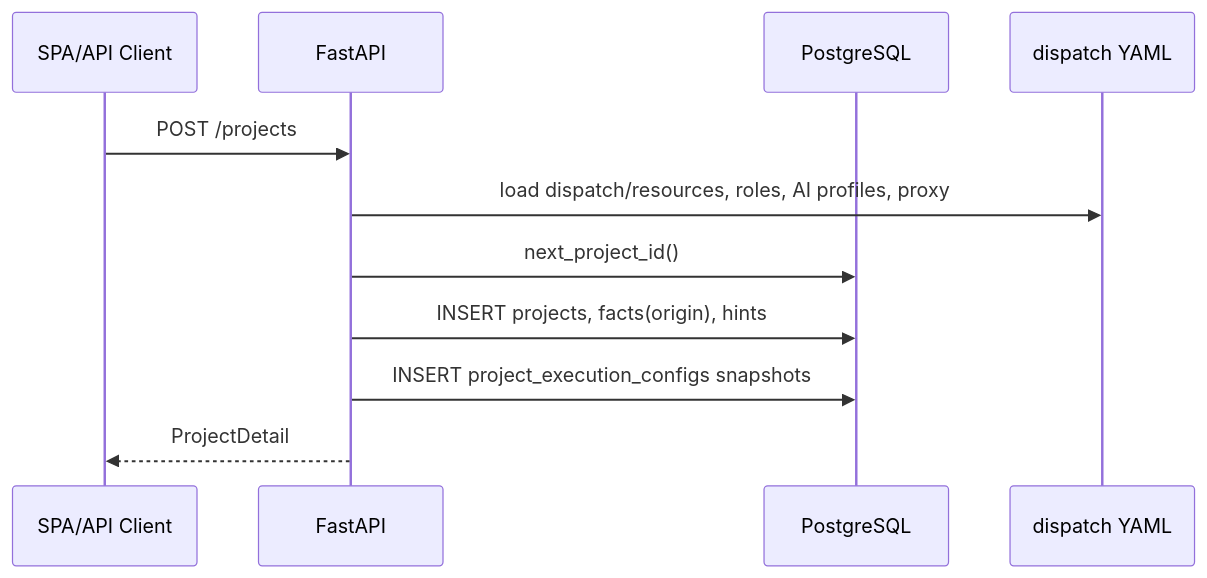
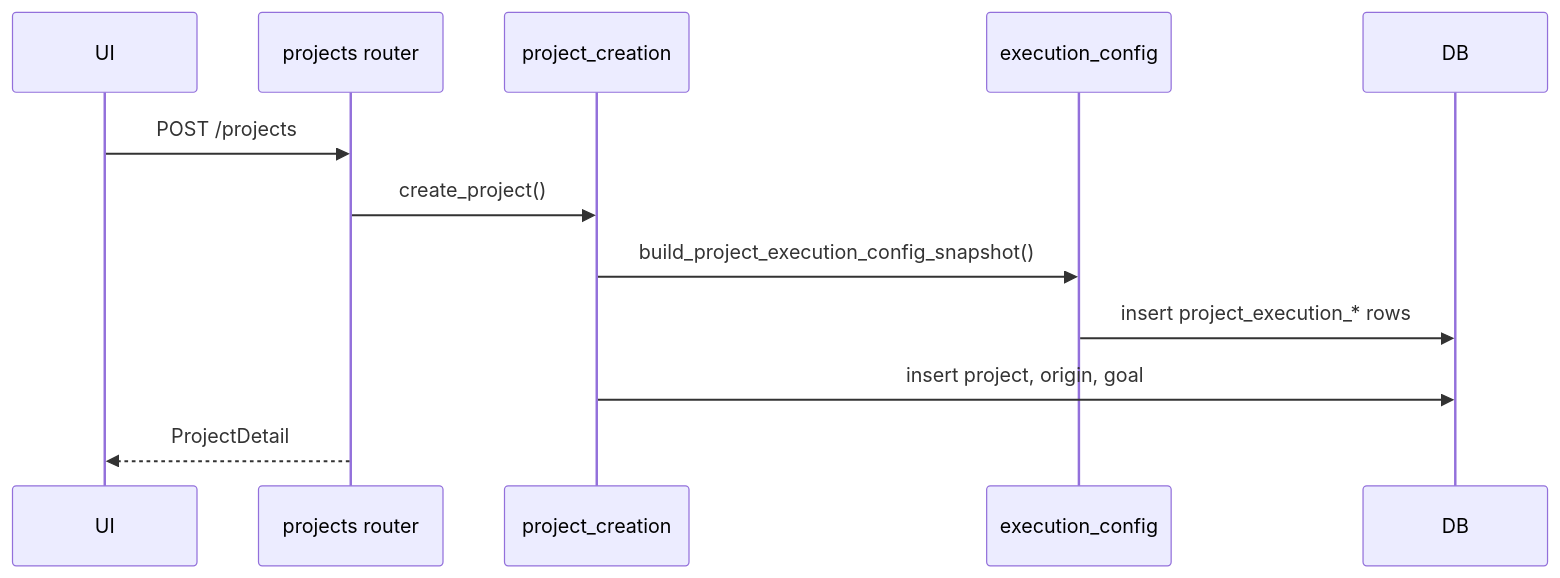
The first of 4 diagrams in AI/CODEBASE_ANALYSIS.md (j7ur8/Cairn), drawn with Mermaid before and after one commit. The commit also changed other lines of this file and 6 other files, not shown here.

````diff
--- a/AI/CODEBASE_ANALYSIS.md
+++ b/AI/CODEBASE_ANALYSIS.md
@@ -151,14 +124,15 @@
 ```mermaid
 sequenceDiagram
-    participant UI as SPA/API Client
-    participant Server as FastAPI
-    participant DB as PostgreSQL
-    participant YAML as dispatch YAML
+    participant UI
+    participant Router as projects router
+    participant App as project_creation
+    participant Config as execution_config
+    participant DB
 
-    UI->>Server: POST /projects
-    Server->>YAML: load dispatch/resources, roles, AI profiles, proxy
-    Server->>DB: next_project_id()
-    Server->>DB: INSERT projects, facts(origin), hints
-    Server->>DB: INSERT project_execution_configs snapshots
-    Server-->>UI: ProjectDetail
+    UI->>Router: POST /projects
+    Router->>App: create_project()
+    App->>Config: build_project_execution_config_snapshot()
+    Config->>DB: insert project_execution_* rows
+    App->>DB: insert project, origin, goal
+    Router-->>UI: ProjectDetail
 ```
````
